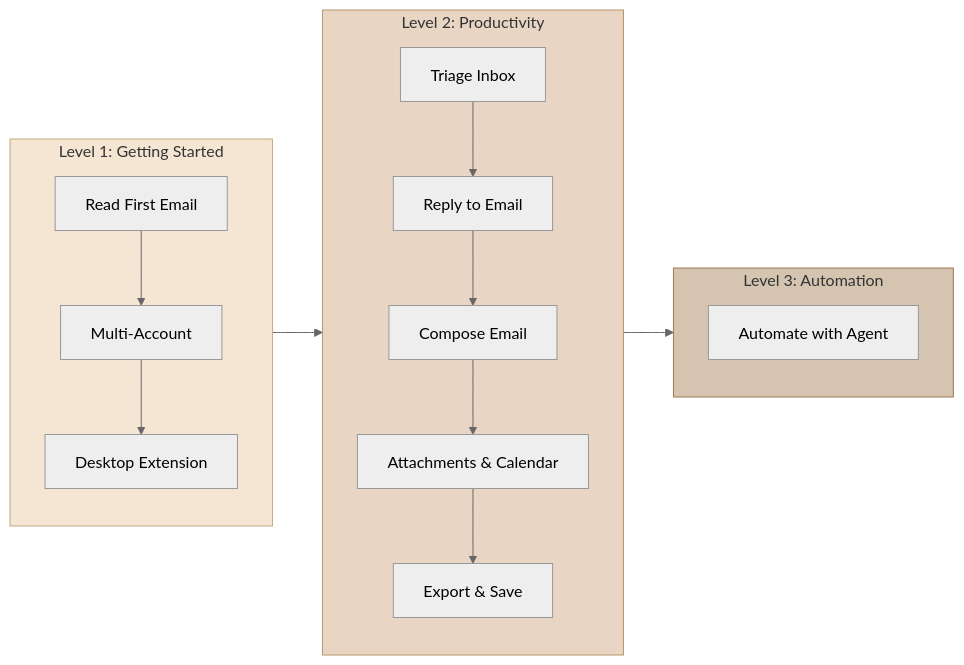
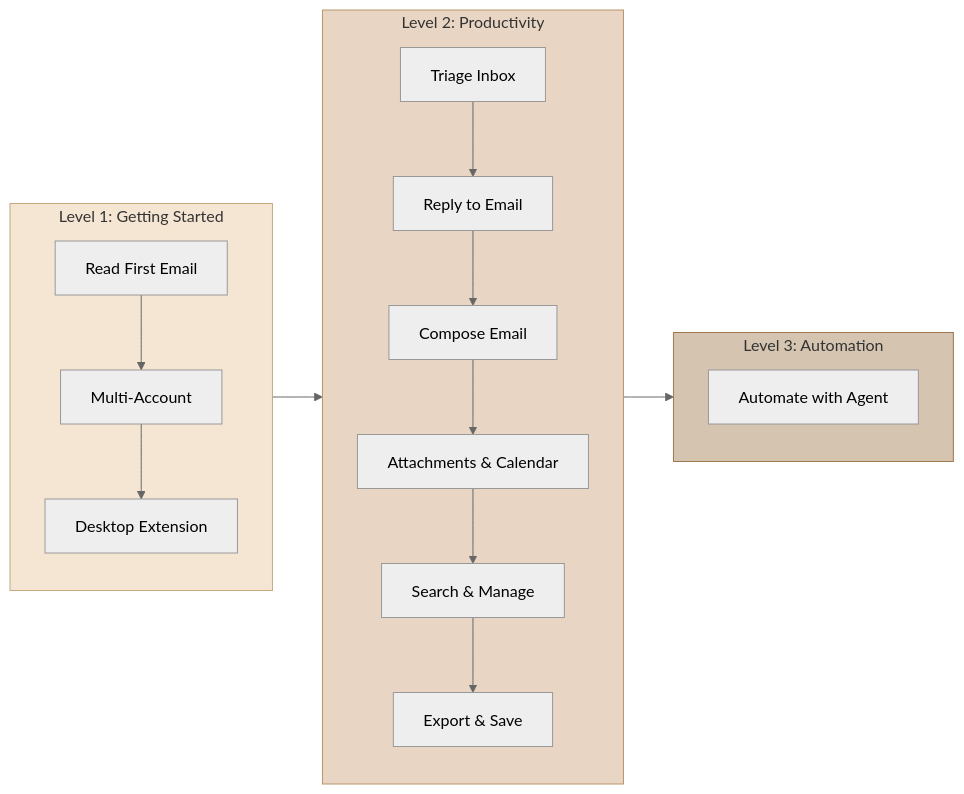
The diagram in docs/tutorials/index.md (Data-Wise/himalaya-mcp), drawn with Mermaid (neutral theme) before and after one commit. The commit also changed other lines of this file and 18 other files, not shown here.

````diff
--- a/docs/tutorials/index.md
+++ b/docs/tutorials/index.md
@@ -7,24 +7,25 @@
 ```mermaid
 flowchart LR
     subgraph L1["Level 1: Getting Started"]
         A1[Read First Email] --> A2[Multi-Account]
         A2 --> A3[Desktop Extension]
     end
 
     subgraph L2["Level 2: Productivity"]
         B1[Triage Inbox] --> B2[Reply to Email]
         B2 --> B4[Compose Email]
         B4 --> B5[Attachments & Calendar]
-        B5 --> B3[Export & Save]
+        B5 --> B6[Search & Manage]
+        B6 --> B3[Export & Save]
     end
 
     subgraph L3["Level 3: Automation"]
         C1[Automate with Agent]
     end
 
     L1 --> L2 --> L3
 
     style L1 fill:#f5e6d3,stroke:#c4a882
     style L2 fill:#e8d5c4,stroke:#b8956a
     style L3 fill:#d4c4b0,stroke:#a07850
 ```
````
